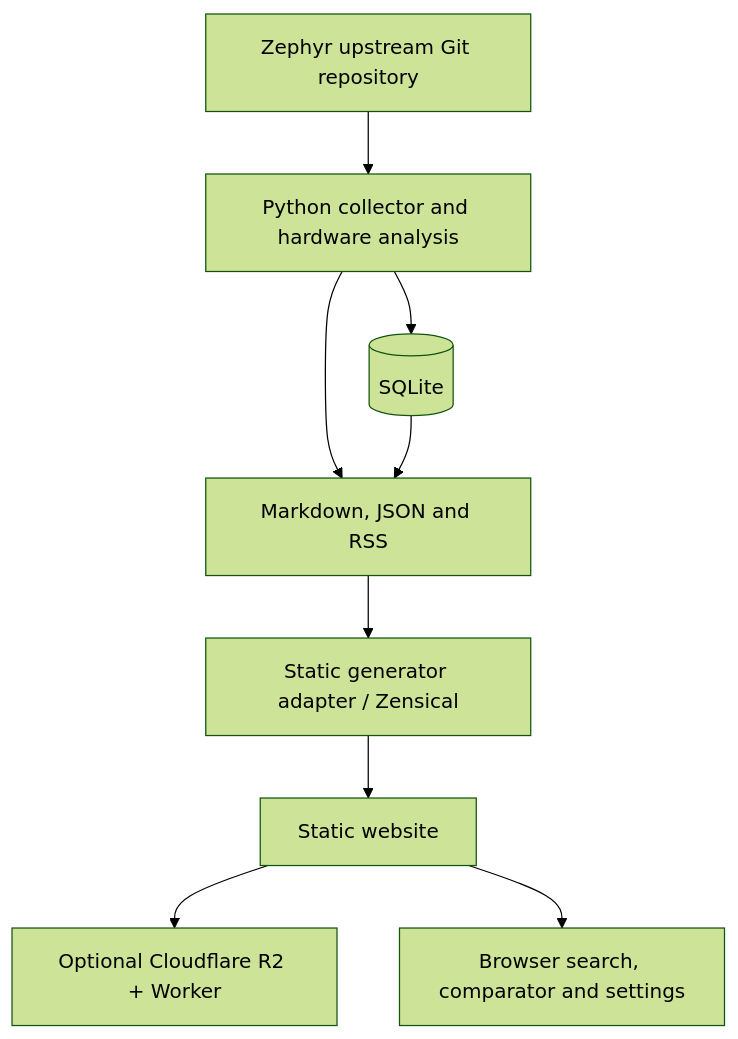
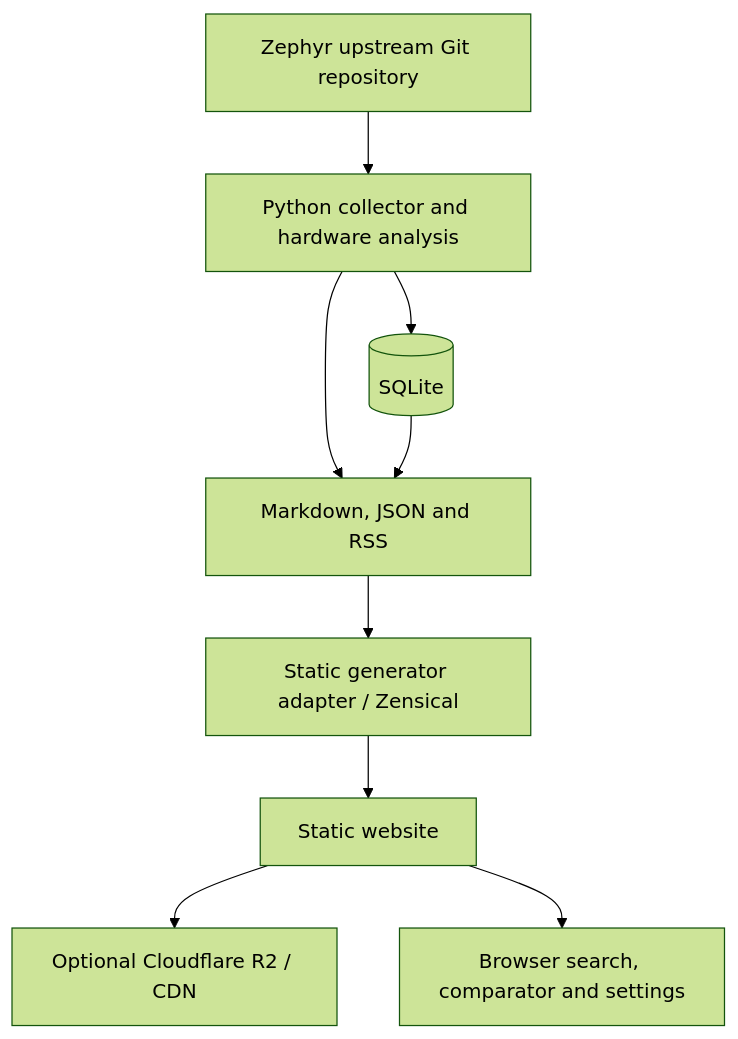
The diagram in README.md (elfarolab/ZephyrPulse), drawn with Mermaid (forest theme) before and after one commit. The commit also changed other lines of this file and 31 other files, not shown here.

````diff
--- a/README.md
+++ b/README.md
@@ -24,11 +24,11 @@
 ```mermaid
 flowchart TD
     A[Zephyr upstream Git repository] --> B[Python collector and hardware analysis]
     B --> C[(SQLite)]
     B --> D[Markdown, JSON and RSS]
     C --> D
     D --> E[Static generator adapter / Zensical]
     E --> F[Static website]
-    F --> G[Optional Cloudflare R2 + Worker]
+    F --> G[Optional Cloudflare R2 / CDN]
     F --> H[Browser search, comparator and settings]
 ```
````
